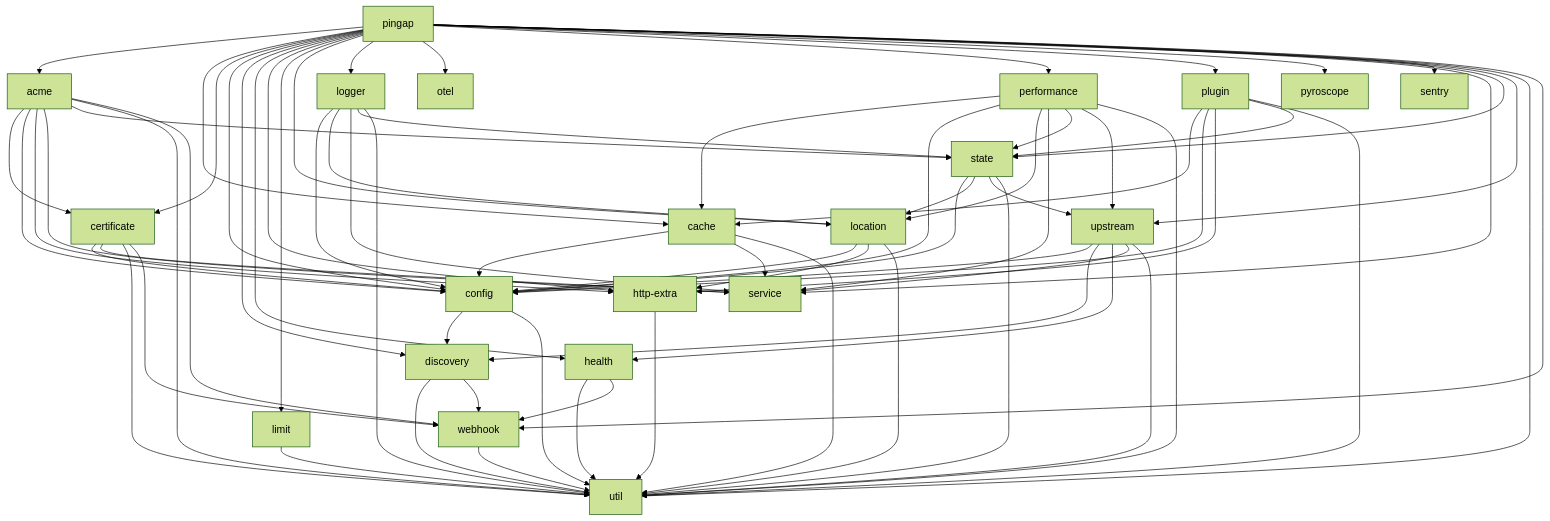
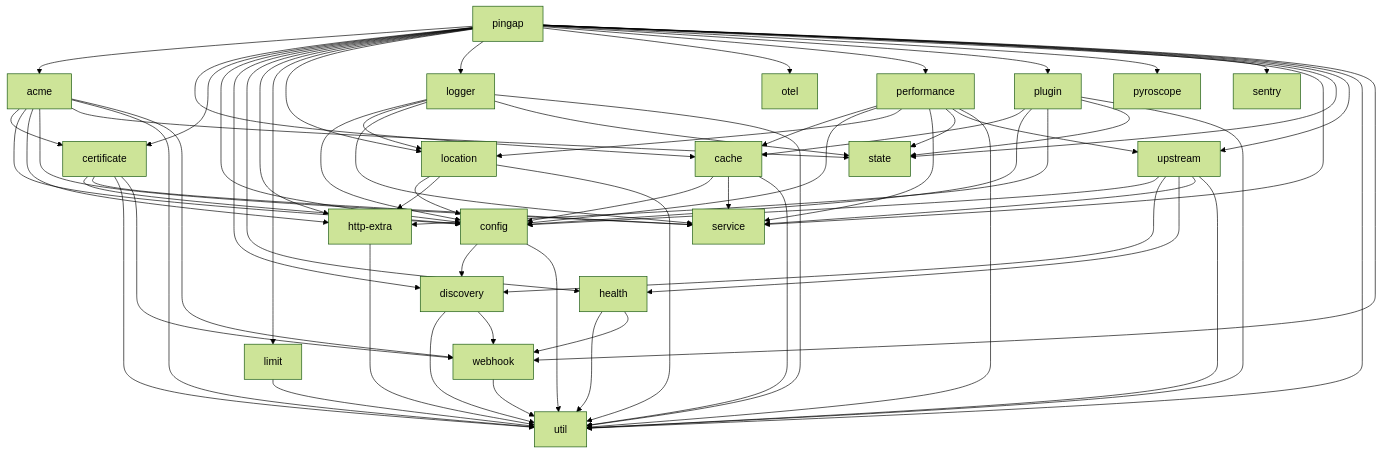
The diagram in docs/modules.md (vicanso/pingap), drawn with Mermaid (forest theme) before and after one commit. The commit also changed 5 other files, not shown here.

```diff
--- a/docs/modules.md
+++ b/docs/modules.md
@@ -56,11 +56,6 @@
     plugin --> state
     plugin --> util
 
-    state --> config
-    state --> location
-    state --> upstream
-    state --> util
-
     upstream --> config
     upstream --> discovery
     upstream --> health
```
